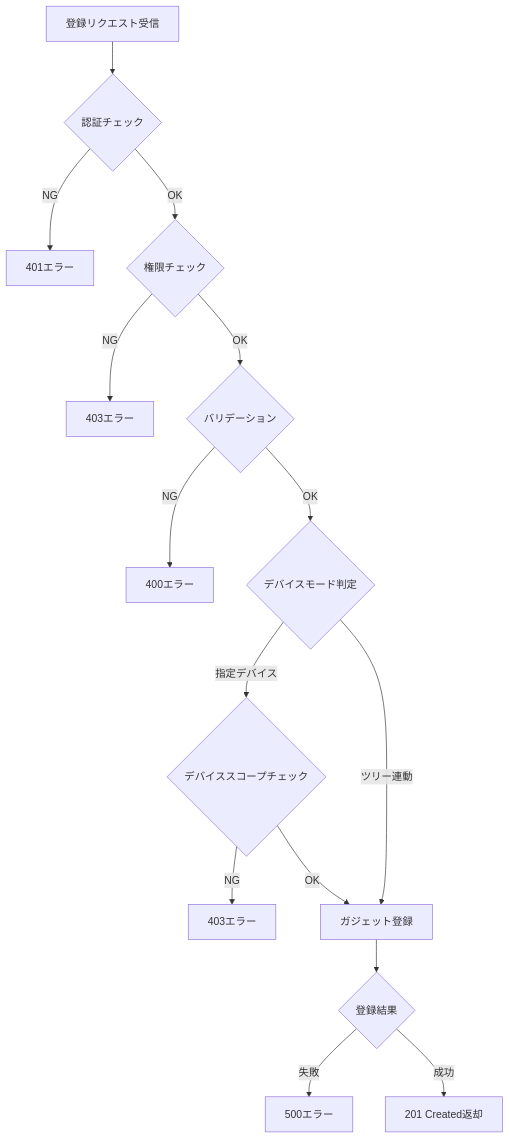
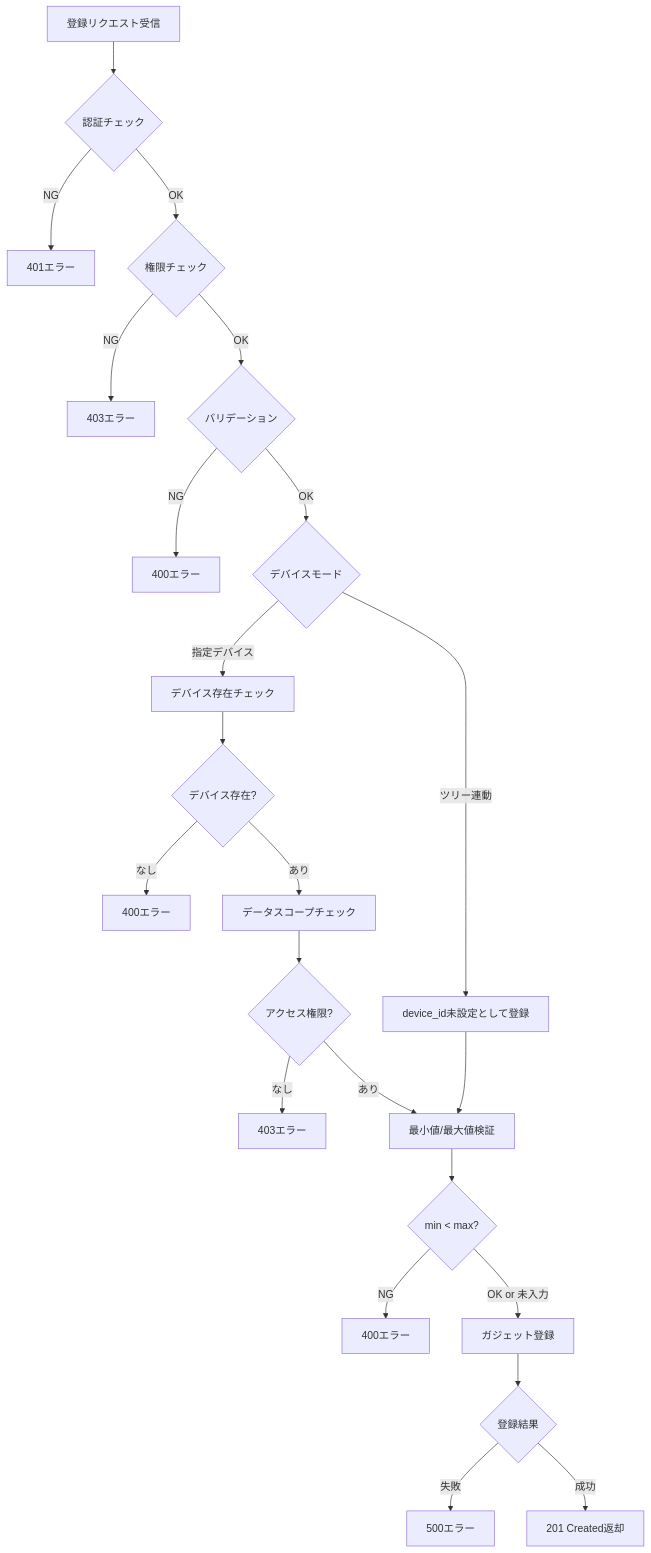
One commit to NSW-SVCP-AIWG002/Databricks-IoT changed the fourth of 4 diagrams in docs/03-features/flask-app/dashboard-timeline/workflow-specification.md. Above: the diagram before and after it, drawn with Mermaid. The commit also changed other lines of this file, not shown here.

````diff
--- a/docs/03-features/flask-app/dashboard-timeline/workflow-specification.md
+++ b/docs/03-features/flask-app/dashboard-timeline/workflow-specification.md
@@ -513,17 +548,25 @@
 ```mermaid
 flowchart TD
     A[登録リクエスト受信] --> B{認証チェック}
     B -->|NG| C[401エラー]
     B -->|OK| D{権限チェック}
     D -->|NG| E[403エラー]
     D -->|OK| F{バリデーション}
     F -->|NG| G[400エラー]
-    F -->|OK| H{デバイスモード判定}
-    H -->|指定デバイス| I{デバイススコープチェック}
-    I -->|NG| J[403エラー]
-    I -->|OK| K[ガジェット登録]
-    H -->|ツリー連動| K
-    K --> L{登録結果}
-    L -->|失敗| M[500エラー]
-    L -->|成功| N[201 Created返却]
+    F -->|OK| H{デバイスモード}
+    H -->|指定デバイス| I[デバイス存在チェック]
+    H -->|ツリー連動| J[device_id未設定として登録]
+    I --> K{デバイス存在?}
+    K -->|なし| L[400エラー]
+    K -->|あり| M[データスコープチェック]
+    M --> N{アクセス権限?}
+    N -->|なし| O[403エラー]
+    N -->|あり| P[最小値/最大値検証]
+    J --> P
+    P --> Q{min < max?}
+    Q -->|NG| R[400エラー]
+    Q -->|OK or 未入力| S[ガジェット登録]
+    S --> T{登録結果}
+    T -->|失敗| U[500エラー]
+    T -->|成功| V[201 Created返却]
 ```
````
